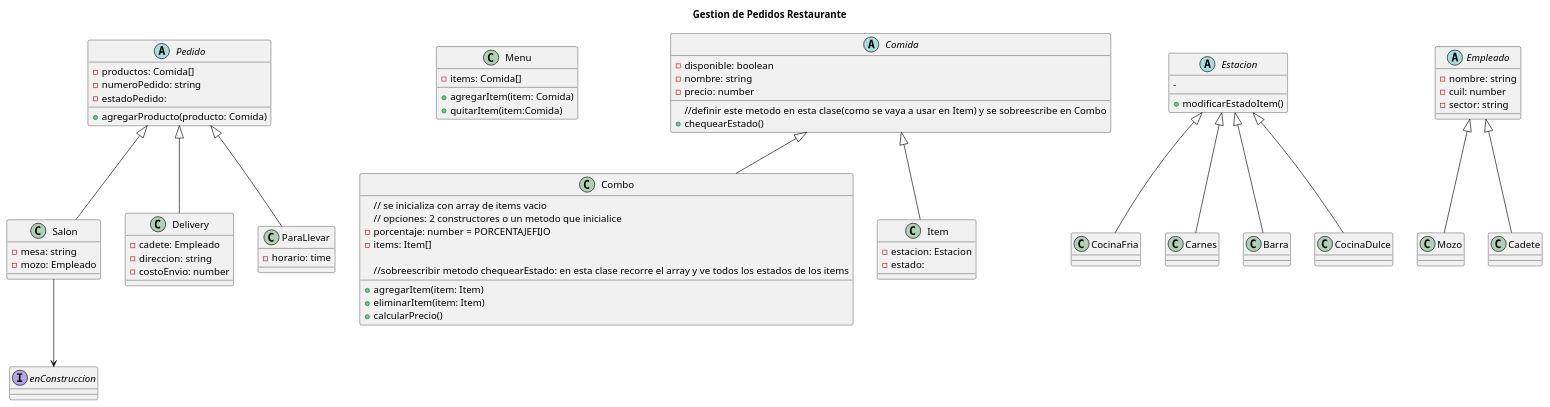
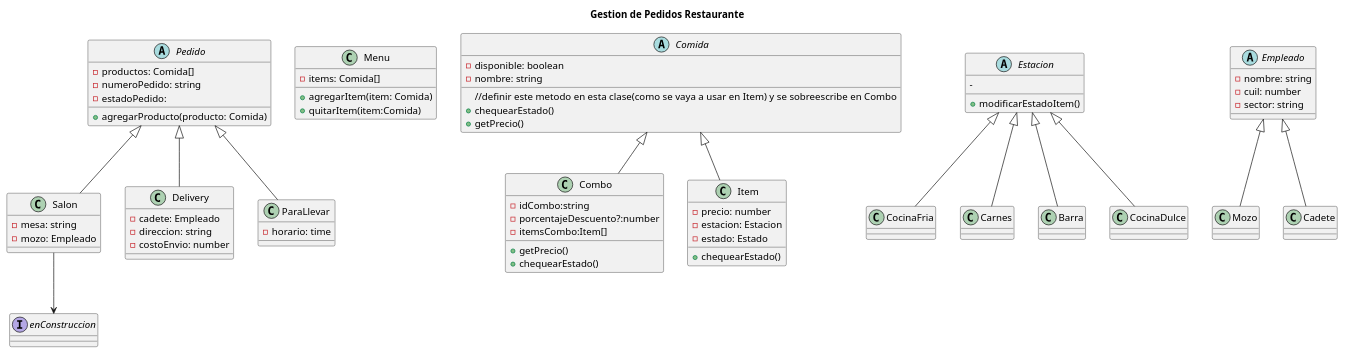
One commit to FedericoGonzalez1988/tp_prog2_grupo8 changed the diagram in diagrams/clases.puml. Above: the diagram before and after it, drawn with PlantUML. The commit also changed 3 other files, not shown here.

Commit message:
modificamos clase Combo, derivó en  modificaciones a las clases Item y Comida. Diagrama actualizado

```diff
--- a/diagrams/clases.puml
+++ b/diagrams/clases.puml
@@ -1,105 +1,107 @@
 @startuml Gestion de Pedidos Restaurante
 
 title Gestion de Pedidos Restaurante
 
 abstract class Pedido {
 
 
     -productos: Comida[]
     -numeroPedido: string
     -estadoPedido: 
 
     +agregarProducto(producto: Comida)
 
 }
 
 class Salon extends Pedido{
     -mesa: string
     -mozo: Empleado
 }
 
 class Delivery extends Pedido{
     -cadete: Empleado
     -direccion: string
     -costoEnvio: number
 }
 
 class ParaLlevar extends Pedido{
 
     -horario: time
 
 }
 
 class Menu {
 
     -items: Comida[]
     +agregarItem(item: Comida)
     +quitarItem(item:Comida)
 
 }
 abstract class Comida {
     -disponible: boolean
     -nombre: string
-    -precio: number
     //definir este metodo en esta clase(como se vaya a usar en Item) y se sobreescribe en Combo
     +chequearEstado()
+    +getPrecio()
 
 }
 class Combo extends Comida {
 
-  // se inicializa con array de items vacio 
-  // opciones: 2 constructores o un metodo que inicialice
-    -porcentaje: number = PORCENTAJEFIJO
-    -items: Item[]
+    -idCombo:string
+    -porcentajeDescuento?:number
+    -itemsCombo:Item[]
+    +getPrecio()
+    +chequearEstado()
 
-    //sobreescribir metodo chequearEstado: en esta clase recorre el array y ve todos los estados de los items
-    +agregarItem(item: Item)
-    +eliminarItem(item: Item)
-    +calcularPrecio()
+    'definir si se pueden agregar y quitar items cuando ya se creó el combo
+    '+agregarItem(item: Item)
+    '+eliminarItem(item: Item)
+    
 }
 
 class Item extends Comida{
+    -precio: number
     -estacion: Estacion
-    -estado: 
-
+    -estado: Estado
+    +chequearEstado()
 }
 
 
 abstract class Estacion {
     -
     +modificarEstadoItem()
 }
 class CocinaFria extends Estacion{
 
 }
 
 class Carnes extends Estacion{
 
 }
 class Barra extends Estacion{
 
 }
 class CocinaDulce extends Estacion{
 
 }
 
 interface enConstruccion {
 
 }
 
 abstract class Empleado {
     - nombre: string
     - cuil: number
     - sector: string
 }
 
 class Mozo extends Empleado {
     
 }
 class Cadete extends Empleado {
     
 }
 
 Salon --> enConstruccion
 
 @enduml
```
